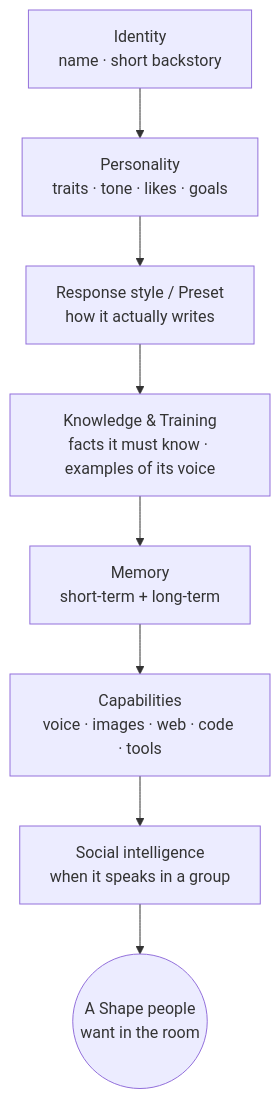
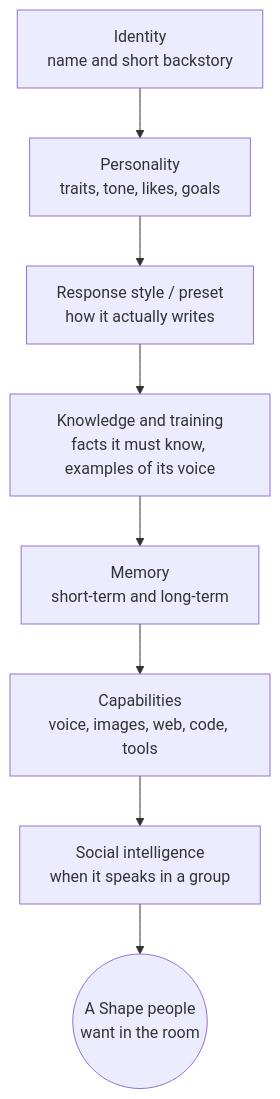
One commit to shapesinc/docs changed the diagram in designing-shapes.mdx. Above: the diagram before and after it, drawn with Mermaid. The commit also changed other lines of this file, not shown here.

Commit message:
Deepen Designing Great Shapes: zero-to-activated path, voice/quirks/boundaries

````diff
--- a/designing-shapes.mdx
+++ b/designing-shapes.mdx
@@ -38,10 +54,10 @@
 ```mermaid
 flowchart TD
-    A[Identity<br/>name · short backstory] --> B[Personality<br/>traits · tone · likes · goals]
-    B --> C[Response style / Preset<br/>how it actually writes]
-    C --> D[Knowledge & Training<br/>facts it must know · examples of its voice]
-    D --> E[Memory<br/>short-term + long-term]
-    E --> F[Capabilities<br/>voice · images · web · code · tools]
-    F --> G[Social intelligence<br/>when it speaks in a group]
-    G --> H((A Shape people<br/>want in the room))
+    A["Identity<br/>name and short backstory"] --> B["Personality<br/>traits, tone, likes, goals"]
+    B --> C["Response style / preset<br/>how it actually writes"]
+    C --> D["Knowledge and training<br/>facts it must know, examples of its voice"]
+    D --> E["Memory<br/>short-term and long-term"]
+    E --> F["Capabilities<br/>voice, images, web, code, tools"]
+    F --> G["Social intelligence<br/>when it speaks in a group"]
+    G --> H(("A Shape people<br/>want in the room"))
 ```
````
